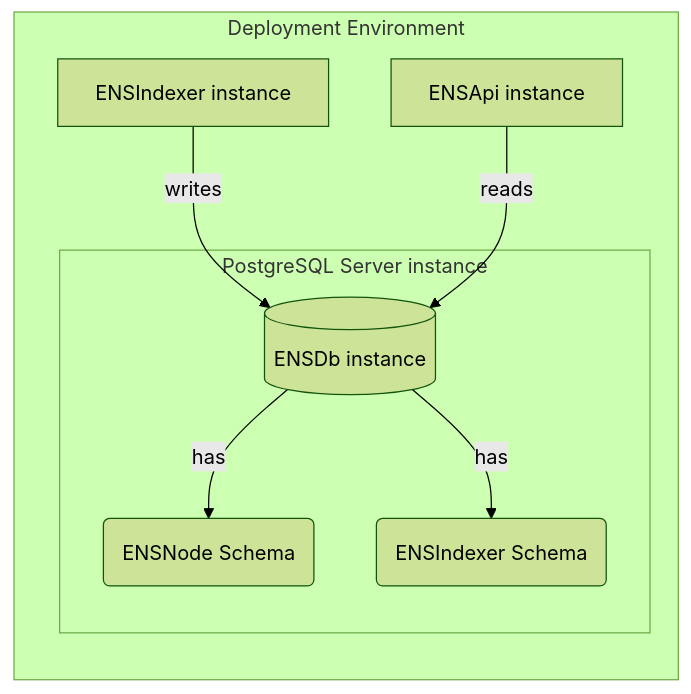
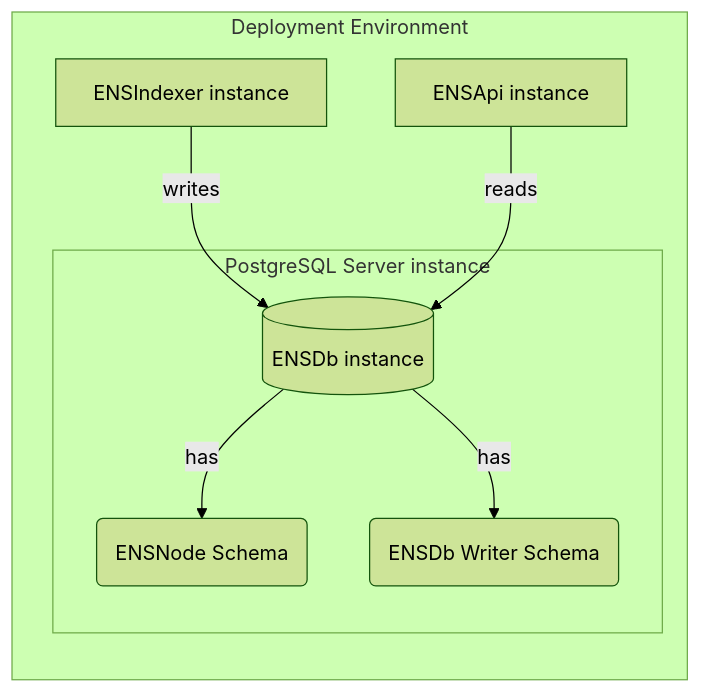
The diagram in docs/ensnode.io/src/content/docs/docs/services/ensdb/reference-implementation.mdx (namehash/ensnode), drawn with Mermaid (forest theme) before and after one commit. The commit also changed 16 other files, not shown here.

Commit message:
Update references relator to "ENSDb Writer" and "ENSDb Reader"

````diff
--- a/docs/ensnode.io/src/content/docs/docs/services/ensdb/reference-implementation.mdx
+++ b/docs/ensnode.io/src/content/docs/docs/services/ensdb/reference-implementation.mdx
@@ -19,21 +19,21 @@
 ```mermaid
 flowchart LR
     subgraph DeploymentEnv["Deployment Environment"]
         ENSIndexer[ENSIndexer instance]
         ENSApi[ENSApi instance]
 
         subgraph PostgreSQLServer["PostgreSQL Server instance"]
             ENSDb[(ENSDb instance)]
             NS(ENSNode Schema)
-            EIS(ENSIndexer Schema)
+            EWS(ENSDb Writer Schema)
 
             ENSDb -->|has| NS
-            ENSDb -->|has| EIS
+            ENSDb -->|has| EWS
         end
     end
 
     ENSIndexer -->|writes| ENSDb
     ENSApi -->|reads| ENSDb
 
 
 ```
````
